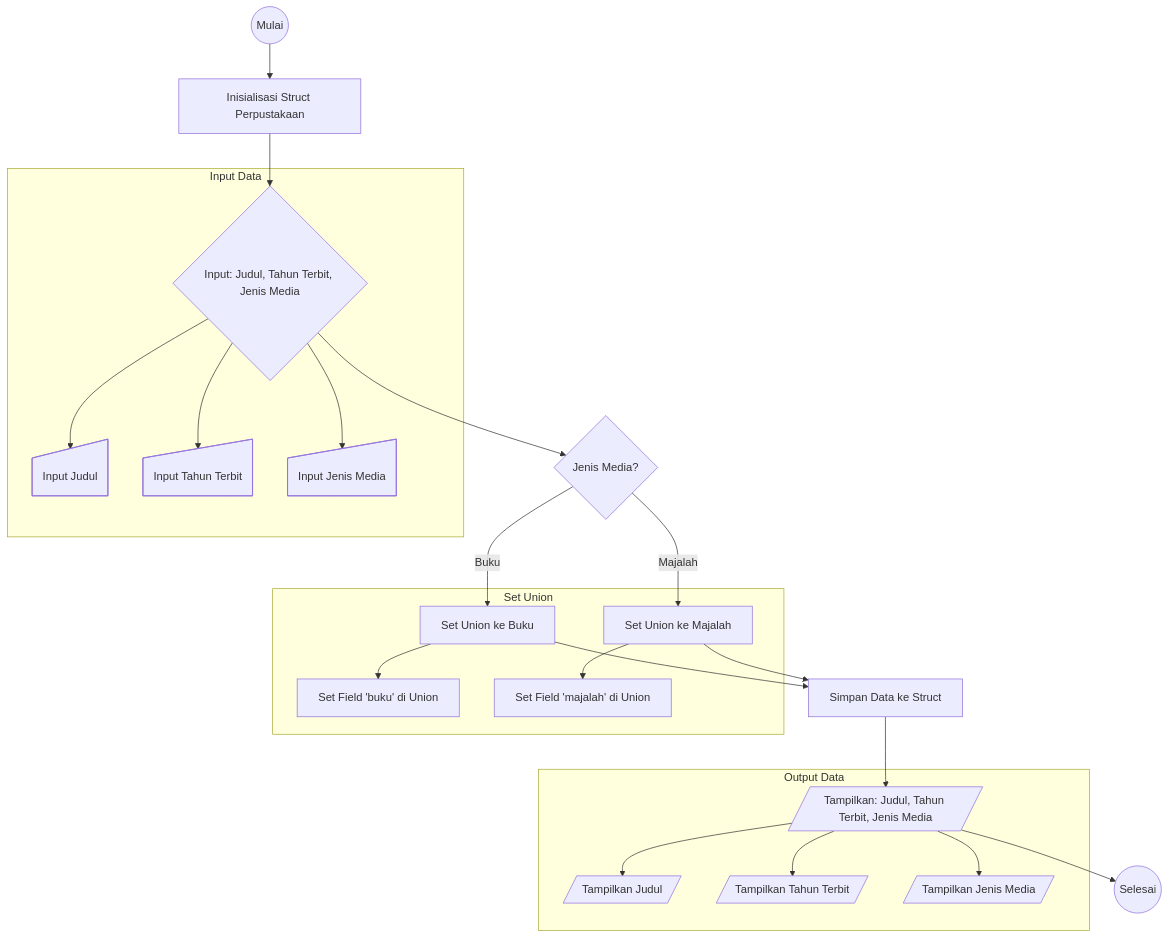
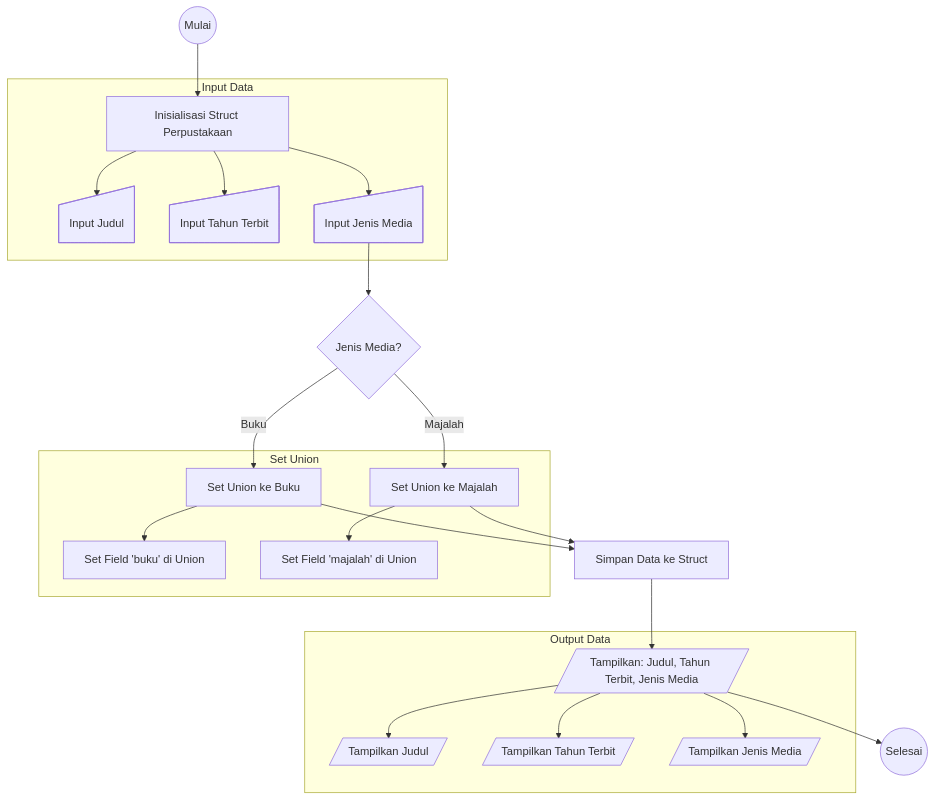
Before and after one commit to alfianchii/COLLEGE_TASK-Term-One-LEC-AnP-TA1-280424_Task-1: the diagram in library-flowchart.md, drawn with Mermaid.

Commit message:
fix: remove decision symbol for 3 inputs

````diff
--- a/library-flowchart.md
+++ b/library-flowchart.md
@@ -1,32 +1,31 @@
 ```mermaid
 flowchart TD
     A@{ shape: circle, label: "Mulai" } --> B[Inisialisasi Struct Perpustakaan]
-    B --> C{Input: Judul, Tahun Terbit, Jenis Media}
 
     subgraph "Input Data"
-        C --> C1@{ shape: sl-rect, label: "Input Judul" }
-        C --> C2@{ shape: sl-rect, label: "Input Tahun Terbit" }
-        C --> C3@{ shape: sl-rect, label: "Input Jenis Media" }
+        B --> C1@{ shape: sl-rect, label: "Input Judul" }
+        B --> C2@{ shape: sl-rect, label: "Input Tahun Terbit" }
+        B --> C3@{ shape: sl-rect, label: "Input Jenis Media" }
     end
 
-    C --> D{Jenis Media?}
+    C3 --> D{Jenis Media?}
     D -->|Buku| E[Set Union ke Buku]
     D -->|Majalah| F[Set Union ke Majalah]
 
     subgraph "Set Union"
         E --> E1[Set Field 'buku' di Union]
         F --> F1[Set Field 'majalah' di Union]
     end
 
     E --> G[Simpan Data ke Struct]
     F --> G
     G --> H@{ shape: lean-r, label: "Tampilkan: Judul, Tahun Terbit, Jenis Media" }
 
     subgraph "Output Data"
         H --> H1@{ shape: lean-r, label: "Tampilkan Judul" }
         H --> H2@{ shape: lean-r, label: "Tampilkan Tahun Terbit" }
         H --> H3@{ shape: lean-r, label: "Tampilkan Jenis Media" }
     end
     
     H --> I@{ shape: circle, label: "Selesai" }
 ```
````
